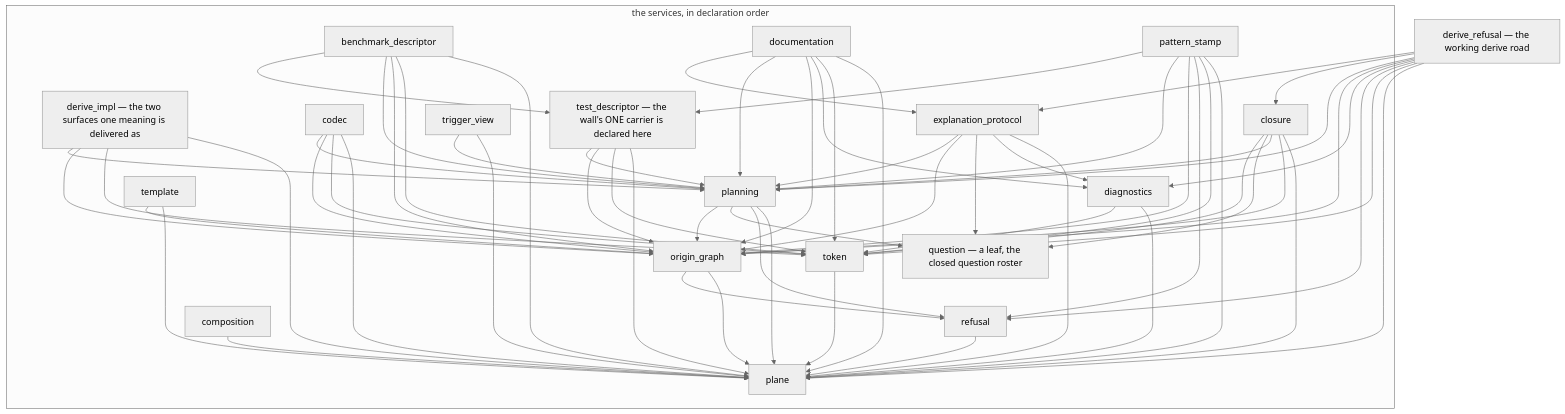
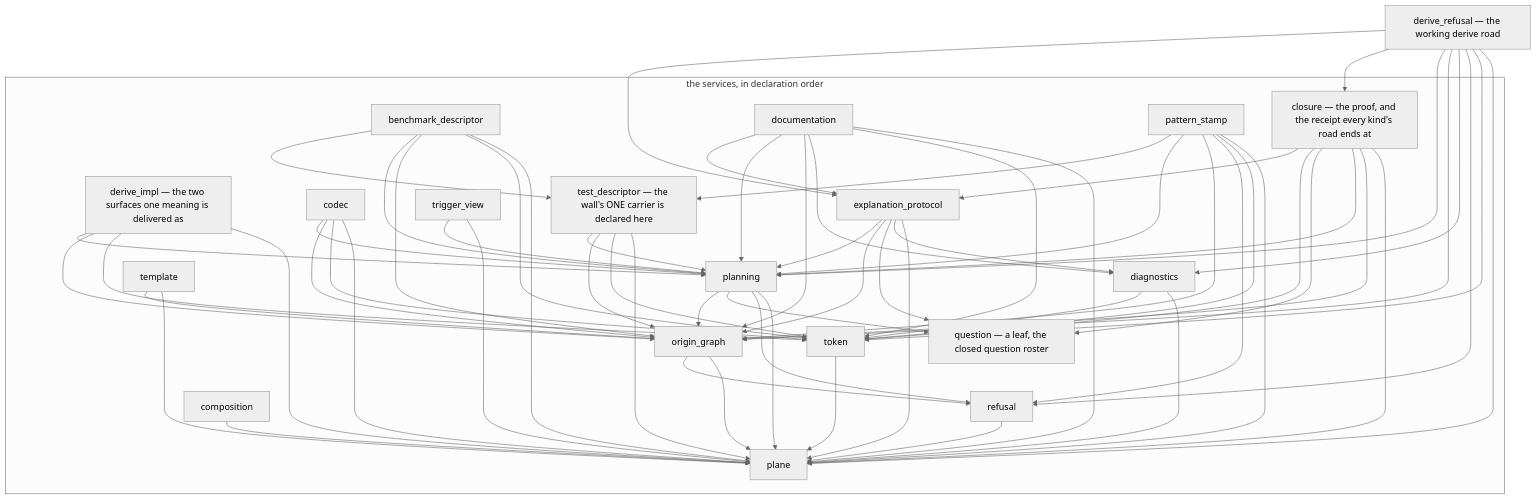
One commit to freebatteryfactory/Macroonz changed the second of 2 diagrams in macros/macroc/README.md. Above: the diagram before and after it, drawn with Mermaid (neutral theme). The commit also changed other lines of this file and 41 other files, not shown here.

````diff
--- a/macros/macroc/README.md
+++ b/macros/macroc/README.md
@@ -92,68 +104,69 @@
 ```mermaid
 flowchart TD
     subgraph SVC["the services, in declaration order"]
         TOK["token"] --> PLN["plane"]
         REF["refusal"] --> PLN
         DIA["diagnostics"] --> PLN
         DIA --> TOK
         QUE["question — a leaf, the closed question roster"]
         OG["origin_graph"] --> PLN
         OG --> REF
         PLAN["planning"] --> PLN
         PLAN --> REF
         PLAN --> QUE
         PLAN --> OG
         DI["derive_impl — the two surfaces one meaning is delivered as"] --> PLN
         DI --> TOK
         DI --> OG
         DI --> PLAN
         COD["codec"] --> PLN
         COD --> TOK
         COD --> OG
         COD --> PLAN
         TD["test_descriptor — the wall's ONE carrier is declared here"] --> PLN
         TD --> TOK
         TD --> OG
         TD --> PLAN
         BD["benchmark_descriptor"] --> PLN
         BD --> TOK
         BD --> OG
         BD --> PLAN
         BD --> TD
-        CLO["closure"] --> PLN
-        CLO --> OG
-        CLO --> PLAN
-        CLO --> QUE
-        CLO --> TOK
         EXP["explanation_protocol"] --> PLN
         EXP --> DIA
         EXP --> QUE
         EXP --> OG
         EXP --> PLAN
+        CLO["closure — the proof, and the receipt every kind's road ends at"] --> PLN
+        CLO --> OG
+        CLO --> PLAN
+        CLO --> QUE
+        CLO --> TOK
+        CLO --> EXP
         DOC["documentation"] --> PLN
         DOC --> TOK
         DOC --> DIA
         DOC --> OG
         DOC --> PLAN
         DOC --> EXP
         TPL["template"] --> PLN
         TPL --> OG
         TV["trigger_view"] --> PLN
         TV --> PLAN
         CMP["composition"] --> PLN
         PS["pattern_stamp"] --> PLN
         PS --> TOK
         PS --> REF
         PS --> OG
         PS --> PLAN
         PS --> TD
     end
     DR["derive_refusal — the working derive road"] --> PLN
     DR --> TOK
     DR --> REF
     DR --> DIA
     DR --> OG
     DR --> PLAN
     DR --> CLO
     DR --> EXP
 ```
````
